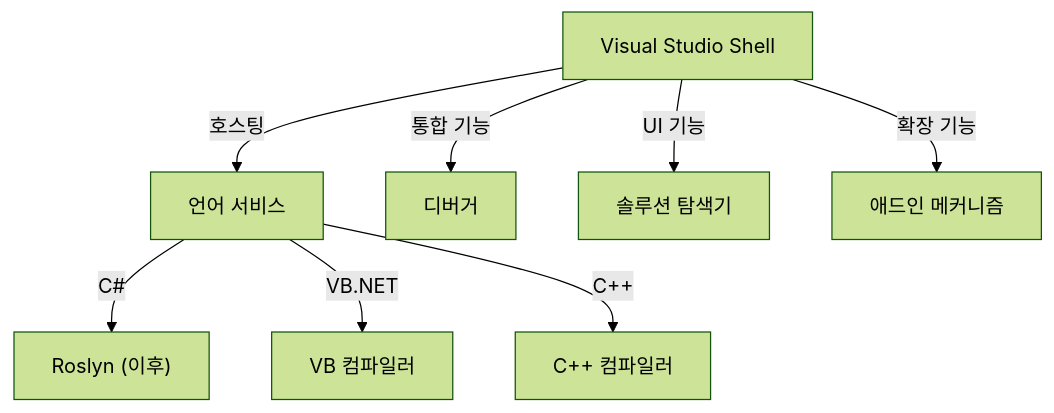
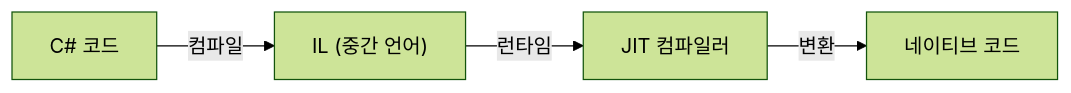
The second of 2 diagrams in content/post/history-of-visual-studio/index.ko.md (kenjinote/blog), drawn with Mermaid (forest theme) before and after one commit. The commit also changed other lines of this file and 129 other files, not shown here.

````diff
--- a/content/post/history-of-visual-studio/index.ko.md
+++ b/content/post/history-of-visual-studio/index.ko.md
@@ -85,11 +51,6 @@
 ```mermaid
-graph TD
-    A["Visual Studio Shell"] -- "호스팅" --> B["언어 서비스"]
-    B -- "C#" --> C["Roslyn (이후)"]
-    B -- "VB.NET" --> D["VB 컴파일러"]
-    B -- "C++" --> E["C++ 컴파일러"]
-    
-    A -- "통합 기능" --> F["디버거"]
-    A -- "UI 기능" --> G["솔루션 탐색기"]
-    A -- "확장 기능" --> H["애드인 메커니즘"]
+graph LR
+    A["C# 코드"] -- "컴파일" --> B["IL (중간 언어)"]
+    B -- "런타임" --> C["JIT 컴파일러"]
+    C -- "변환" --> D["네이티브 코드"]
 ```
````
